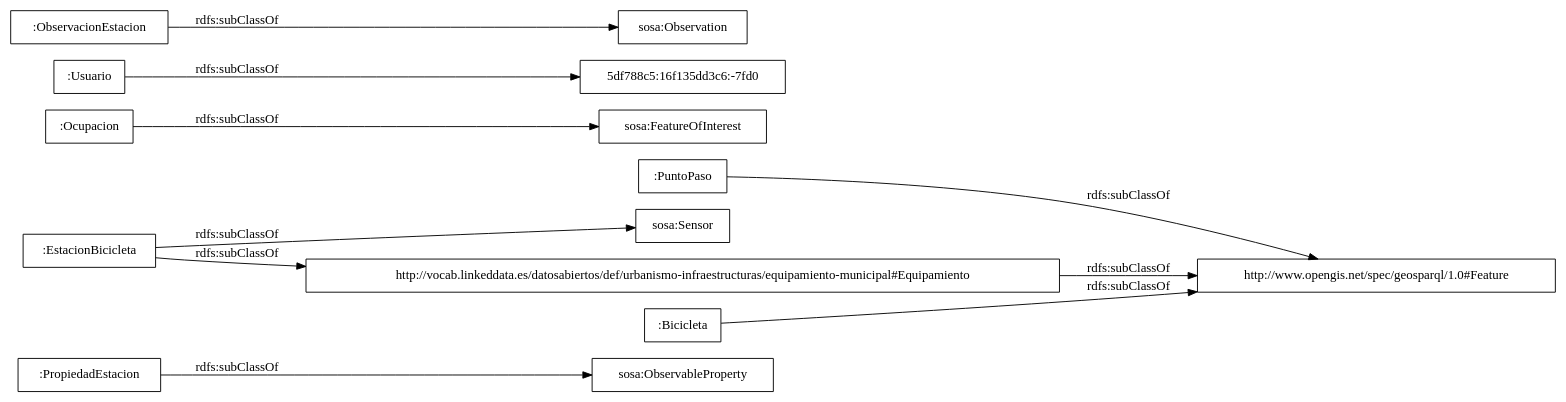
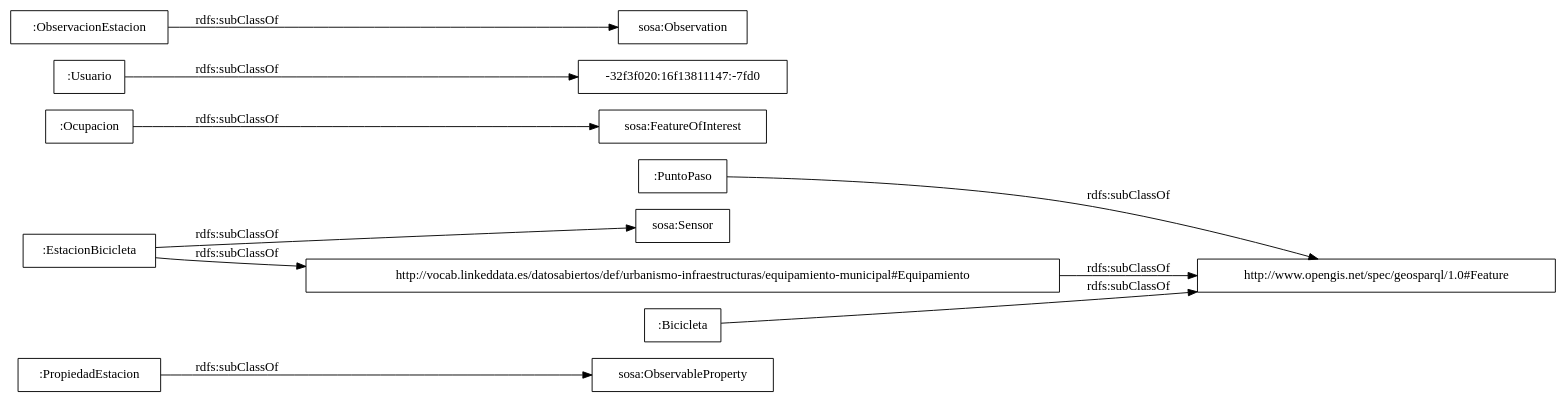
The diagram in OnToology/Ontology/bicicleta-publica.owl/diagrams/ar2dtool-taxonomy/bicicleta-publica.owl.png.dot (opencitydata/transporte-bici-datos-publicos), drawn with Graphviz before and after one commit. The commit also changed 14 other files, not shown here.

```diff
--- a/OnToology/Ontology/bicicleta-publica.owl/diagrams/ar2dtool-taxonomy/bicicleta-publica.owl.png.dot
+++ b/OnToology/Ontology/bicicleta-publica.owl/diagrams/ar2dtool-taxonomy/bicicleta-publica.owl.png.dot
@@ -1,15 +1,15 @@
 digraph ar2dtool_diagram { 
 rankdir=LR;
 size="1000"
-node [shape = rectangle, color="black"]; ":PropiedadEstacion" ":PuntoPaso" "sosa:ObservableProperty" "sosa:FeatureOfInterest" ":Usuario" ":Ocupacion" "sosa:Observation" "5df788c5:16f135dd3c6:-7fd0" "sosa:Sensor" "http://vocab.linkeddata.es/datosabiertos/def/urbanismo-infraestructuras/equipamiento-municipal#Equipamiento" ":EstacionBicicleta" ":ObservacionEstacion" ":Bicicleta" "http://www.opengis.net/spec/geosparql/1.0#Feature" ; /*classes style*/
+node [shape = rectangle, color="black"]; ":PropiedadEstacion" ":PuntoPaso" "sosa:ObservableProperty" "sosa:FeatureOfInterest" ":Usuario" ":Ocupacion" "sosa:Observation" "-32f3f020:16f13811147:-7fd0" "sosa:Sensor" "http://vocab.linkeddata.es/datosabiertos/def/urbanismo-infraestructuras/equipamiento-municipal#Equipamiento" ":EstacionBicicleta" ":ObservacionEstacion" ":Bicicleta" "http://www.opengis.net/spec/geosparql/1.0#Feature" ; /*classes style*/
 	"http://vocab.linkeddata.es/datosabiertos/def/urbanismo-infraestructuras/equipamiento-municipal#Equipamiento" -> "http://www.opengis.net/spec/geosparql/1.0#Feature" [ label = "rdfs:subClassOf" ];
 	":EstacionBicicleta" -> "http://vocab.linkeddata.es/datosabiertos/def/urbanismo-infraestructuras/equipamiento-municipal#Equipamiento" [ label = "rdfs:subClassOf" ];
 	":EstacionBicicleta" -> "sosa:Sensor" [ label = "rdfs:subClassOf" ];
-	":Usuario" -> "5df788c5:16f135dd3c6:-7fd0" [ label = "rdfs:subClassOf" ];
+	":Usuario" -> "-32f3f020:16f13811147:-7fd0" [ label = "rdfs:subClassOf" ];
 	":Bicicleta" -> "http://www.opengis.net/spec/geosparql/1.0#Feature" [ label = "rdfs:subClassOf" ];
 	":PuntoPaso" -> "http://www.opengis.net/spec/geosparql/1.0#Feature" [ label = "rdfs:subClassOf" ];
 	":Ocupacion" -> "sosa:FeatureOfInterest" [ label = "rdfs:subClassOf" ];
 	":PropiedadEstacion" -> "sosa:ObservableProperty" [ label = "rdfs:subClassOf" ];
 	":ObservacionEstacion" -> "sosa:Observation" [ label = "rdfs:subClassOf" ];
 
 }
```
